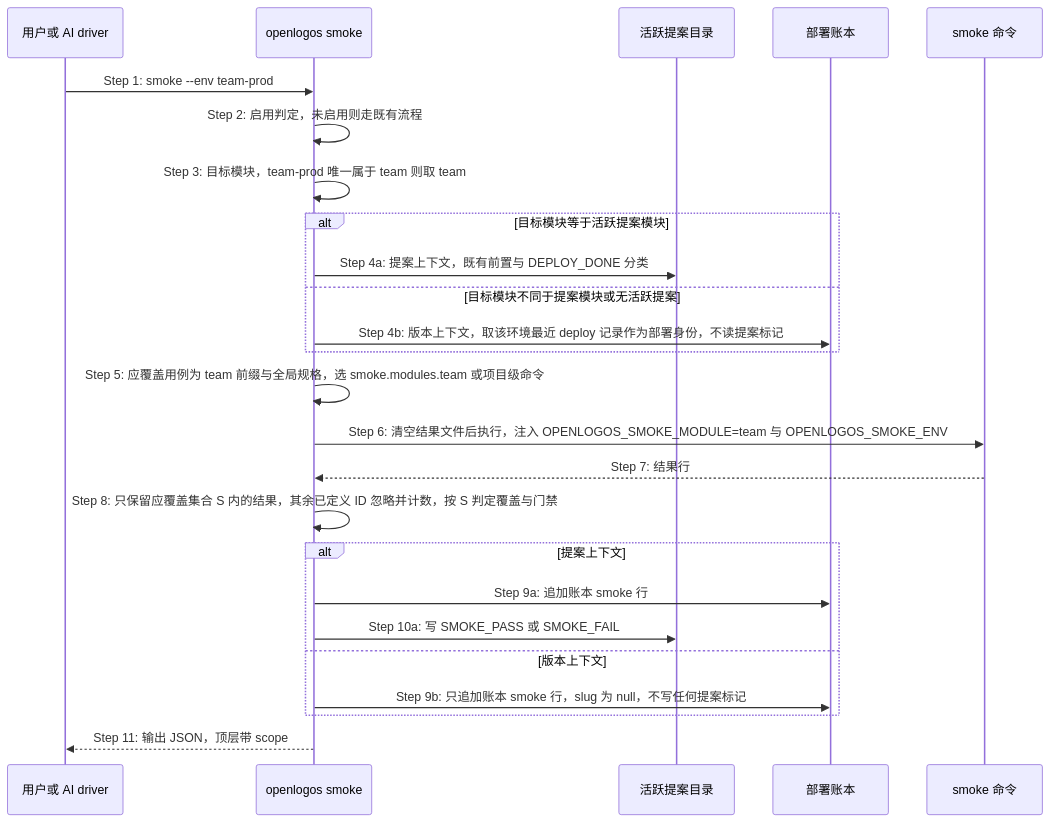
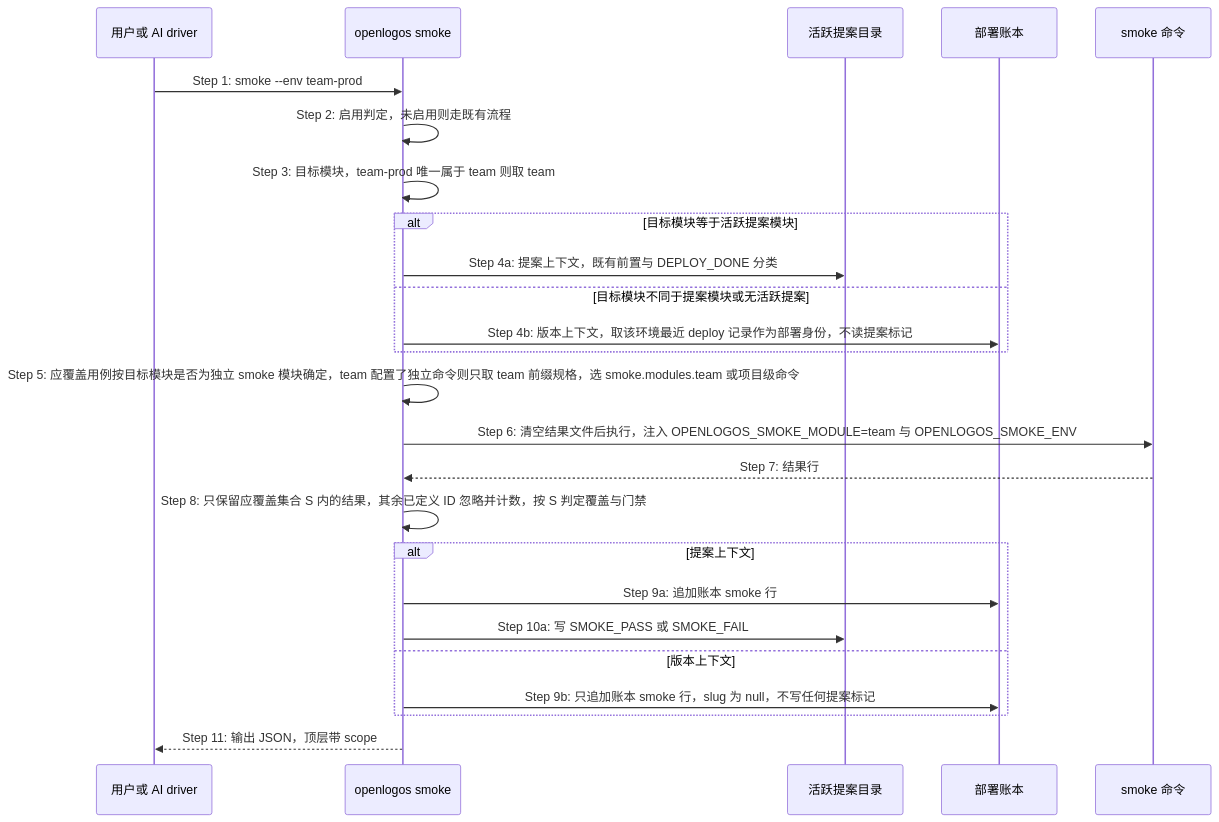
Diagram 16 of 16 in logos/resources/prd/3-technical-plan/2-scenario-implementation/core-S19-smoke-gate.md (miniidealab/openlogos), drawn with Mermaid before and after one commit. The commit also changed other lines of this file and 7 other files, not shown here.

Commit message:
docs(smoke-scope-isolated-modules): merge spec deltas

````diff
--- a/logos/resources/prd/3-technical-plan/2-scenario-implementation/core-S19-smoke-gate.md
+++ b/logos/resources/prd/3-technical-plan/2-scenario-implementation/core-S19-smoke-gate.md
@@ -1205,28 +1205,28 @@
 ```mermaid
 sequenceDiagram
     participant D as 用户或 AI driver
     participant CLI as openlogos smoke
     participant P as 活跃提案目录
     participant L as 部署账本
     participant X as smoke 命令
 
     D->>CLI: Step 1: smoke --env team-prod
     CLI->>CLI: Step 2: 启用判定，未启用则走既有流程
     CLI->>CLI: Step 3: 目标模块，team-prod 唯一属于 team 则取 team
     alt 目标模块等于活跃提案模块
         CLI->>P: Step 4a: 提案上下文，既有前置与 DEPLOY_DONE 分类
     else 目标模块不同于提案模块或无活跃提案
         CLI->>L: Step 4b: 版本上下文，取该环境最近 deploy 记录作为部署身份，不读提案标记
     end
-    CLI->>CLI: Step 5: 应覆盖用例为 team 前缀与全局规格，选 smoke.modules.team 或项目级命令
+    CLI->>CLI: Step 5: 应覆盖用例按目标模块是否为独立 smoke 模块确定，team 配置了独立命令则只取 team 前缀规格，选 smoke.modules.team 或项目级命令
     CLI->>X: Step 6: 清空结果文件后执行，注入 OPENLOGOS_SMOKE_MODULE=team 与 OPENLOGOS_SMOKE_ENV
     X-->>CLI: Step 7: 结果行
     CLI->>CLI: Step 8: 只保留应覆盖集合 S 内的结果，其余已定义 ID 忽略并计数，按 S 判定覆盖与门禁
     alt 提案上下文
         CLI->>L: Step 9a: 追加账本 smoke 行
         CLI->>P: Step 10a: 写 SMOKE_PASS 或 SMOKE_FAIL
     else 版本上下文
         CLI->>L: Step 9b: 只追加账本 smoke 行，slug 为 null，不写任何提案标记
     end
     CLI-->>D: Step 11: 输出 JSON，顶层带 scope
 ```
````
